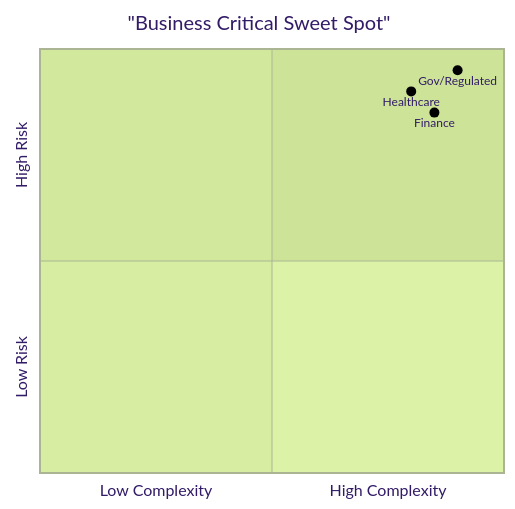
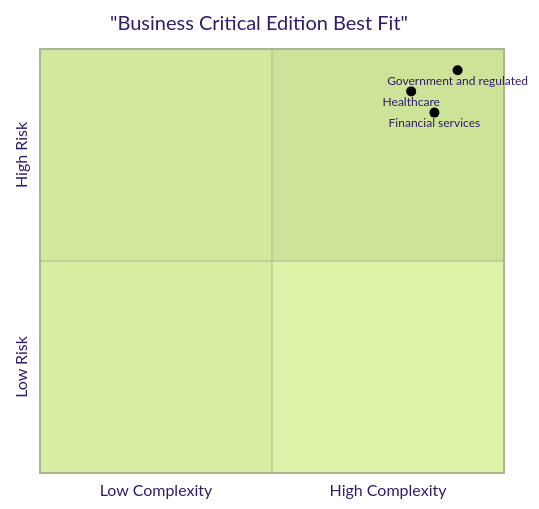
Before and after one commit to Balasubramanian-pg/COF-CO3: the fourth of 7 diagrams in Domain 1.0 Snowflake AI Data Cloud Features and Architecture/1.1 Snowflake Architecture/Snowflake Editions/Compare and Contrast Snowflake Editions.md, drawn with Mermaid (forest theme). The commit also changed other lines of this file, not shown here.

````diff
--- a/Domain 1.0 Snowflake AI Data Cloud Features and Architecture/1.1 Snowflake Architecture/Snowflake Editions/Compare and Contrast Snowflake Editions.md
+++ b/Domain 1.0 Snowflake AI Data Cloud Features and Architecture/1.1 Snowflake Architecture/Snowflake Editions/Compare and Contrast Snowflake Editions.md
@@ -75,9 +73,9 @@
 ```mermaid
 quadrantChart
-    title "Business Critical Sweet Spot"
+    title "Business Critical Edition Best Fit"
     x-axis "Low Complexity" --> "High Complexity"
     y-axis "Low Risk" --> "High Risk"
     "Healthcare": [0.8, 0.9]
-    "Finance": [0.85, 0.85]
-    "Gov/Regulated": [0.9, 0.95]
+    "Financial services": [0.85, 0.85]
+    "Government and regulated": [0.9, 0.95]
 ```
````
